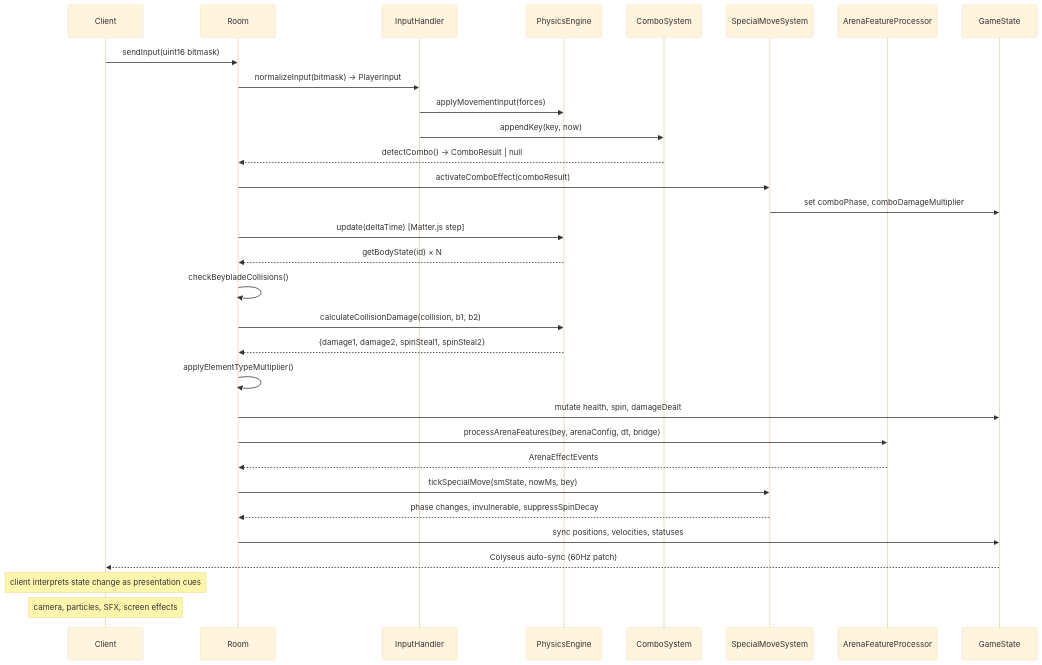
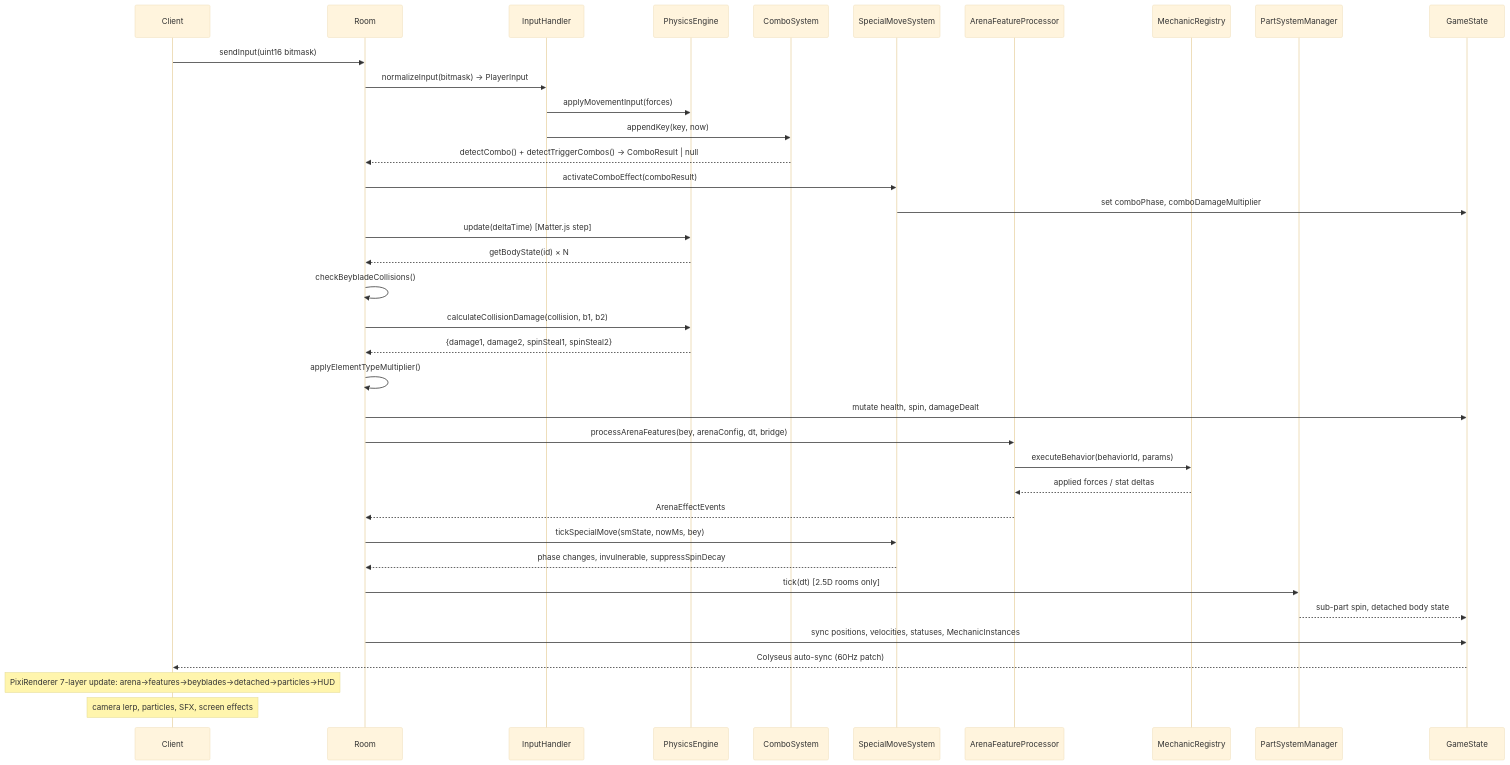
Before and after one commit to mohasinac/2.5D-Game: the fourth of 5 diagrams in research/diagrams/diagram-sequence-launch.md, drawn with Mermaid (base theme). The commit also changed other lines of this file and 80 other files, not shown here.

````diff
--- a/research/diagrams/diagram-sequence-launch.md
+++ b/research/diagrams/diagram-sequence-launch.md
@@ -5,41 +109,48 @@
 ```mermaid
 sequenceDiagram
   participant Client
   participant Room
   participant InputHandler
   participant PhysicsEngine
   participant ComboSystem
   participant SpecialMoveSystem
   participant ArenaFeatureProcessor
+  participant MechanicRegistry
+  participant PartSystemManager
   participant GameState
 
   Client->>Room: sendInput(uint16 bitmask)
   Room->>InputHandler: normalizeInput(bitmask) → PlayerInput
   InputHandler->>PhysicsEngine: applyMovementInput(forces)
   InputHandler->>ComboSystem: appendKey(key, now)
 
-  ComboSystem-->>Room: detectCombo() → ComboResult | null
+  ComboSystem-->>Room: detectCombo() + detectTriggerCombos() → ComboResult | null
   Room->>SpecialMoveSystem: activateComboEffect(comboResult)
   SpecialMoveSystem->>GameState: set comboPhase, comboDamageMultiplier
 
   Room->>PhysicsEngine: update(deltaTime) [Matter.js step]
   PhysicsEngine-->>Room: getBodyState(id) × N
 
   Room->>Room: checkBeybladeCollisions()
   Room->>PhysicsEngine: calculateCollisionDamage(collision, b1, b2)
   PhysicsEngine-->>Room: {damage1, damage2, spinSteal1, spinSteal2}
   Room->>Room: applyElementTypeMultiplier()
   Room->>GameState: mutate health, spin, damageDealt
 
   Room->>ArenaFeatureProcessor: processArenaFeatures(bey, arenaConfig, dt, bridge)
+  ArenaFeatureProcessor->>MechanicRegistry: executeBehavior(behaviorId, params)
+  MechanicRegistry-->>ArenaFeatureProcessor: applied forces / stat deltas
   ArenaFeatureProcessor-->>Room: ArenaEffectEvents
 
   Room->>SpecialMoveSystem: tickSpecialMove(smState, nowMs, bey)
   SpecialMoveSystem-->>Room: phase changes, invulnerable, suppressSpinDecay
 
-  Room->>GameState: sync positions, velocities, statuses
+  Room->>PartSystemManager: tick(dt) [2.5D rooms only]
+  PartSystemManager-->>GameState: sub-part spin, detached body state
+
+  Room->>GameState: sync positions, velocities, statuses, MechanicInstances
   GameState-->>Client: Colyseus auto-sync (60Hz patch)
 
-  Note over Client: client interprets state change as presentation cues
-  Note over Client: camera, particles, SFX, screen effects
+  Note over Client: PixiRenderer 7-layer update: arena→features→beyblades→detached→particles→HUD
+  Note over Client: camera lerp, particles, SFX, screen effects
 ```
````
